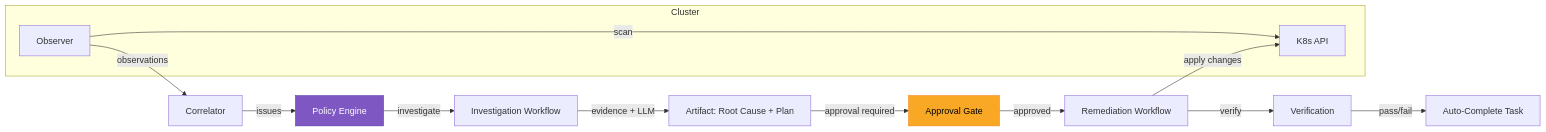
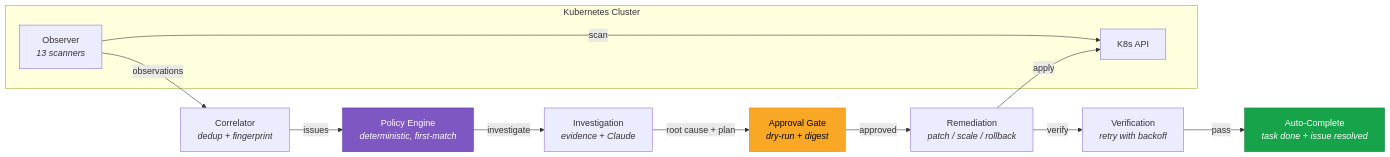
One commit to alimobrem/pinky changed the diagram in README.md. Above: the diagram before and after it, drawn with Mermaid. The commit also changed other lines of this file and 2 other files, not shown here.

````diff
--- a/README.md
+++ b/README.md
@@ -22,19 +48,19 @@
 ```mermaid
 graph LR
-    subgraph Cluster
-        O[Observer] -->|scan| K8s[K8s API]
+    subgraph Cluster["Kubernetes Cluster"]
+        O["Observer<br/><i>13 scanners</i>"] -->|scan| K8s["K8s API"]
     end
 
-    O -->|observations| C[Correlator]
-    C -->|issues| P[Policy Engine]
-    P -->|investigate| I[Investigation Workflow]
-    I -->|evidence + LLM| A[Artifact: Root Cause + Plan]
-    A -->|approval required| AG[Approval Gate]
-    AG -->|approved| R[Remediation Workflow]
-    R -->|apply changes| K8s
-    R -->|verify| V[Verification]
-    V -->|pass/fail| Complete[Auto-Complete Task]
+    O -->|observations| C["Correlator<br/><i>dedup + fingerprint</i>"]
+    C -->|issues| P["Policy Engine<br/><i>deterministic, first-match</i>"]
+    P -->|investigate| I["Investigation<br/><i>evidence + Claude</i>"]
+    I -->|root cause + plan| AG["Approval Gate<br/><i>dry-run + digest</i>"]
+    AG -->|approved| R["Remediation<br/><i>patch / scale / rollback</i>"]
+    R -->|apply| K8s
+    R -->|verify| V["Verification<br/><i>retry with backoff</i>"]
+    V -->|pass| Done["Auto-Complete<br/><i>task done + issue resolved</i>"]
 
     style AG fill:#f9a825,stroke:#f57f17,color:#000
     style P fill:#7e57c2,stroke:#512da8,color:#fff
+    style Done fill:#16a34a,stroke:#15803d,color:#fff
 ```
````
